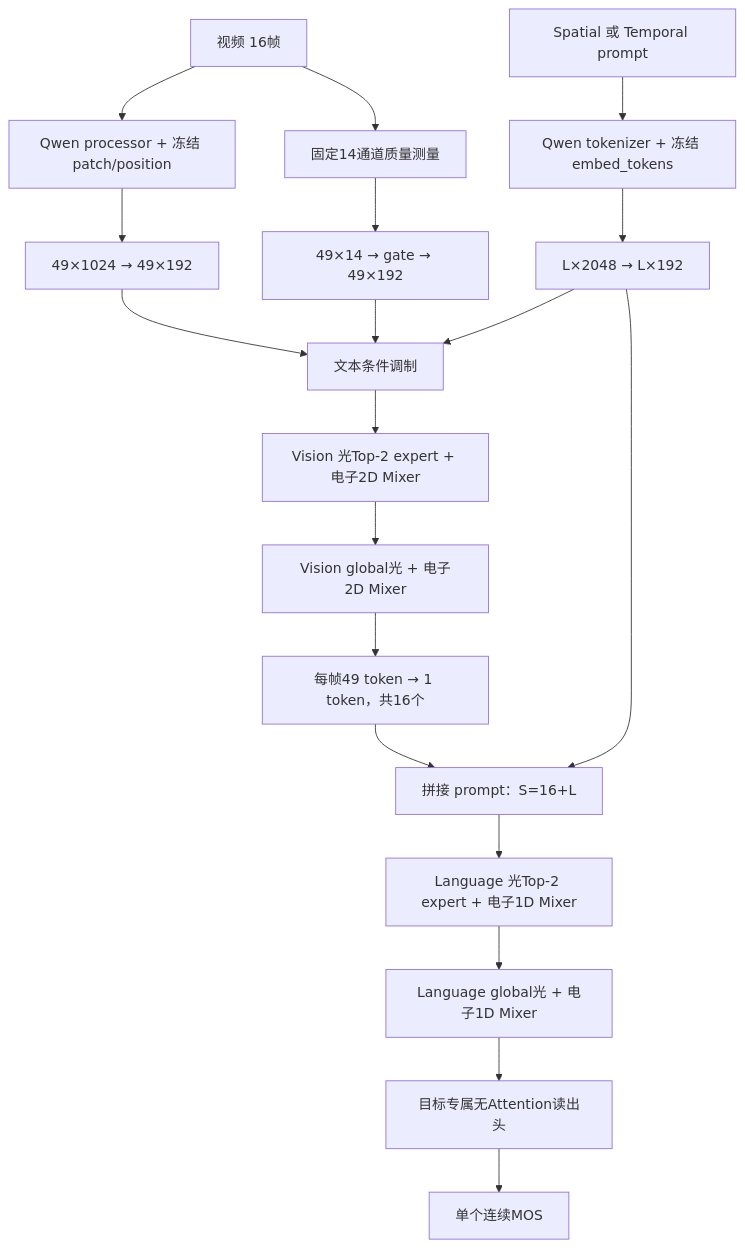
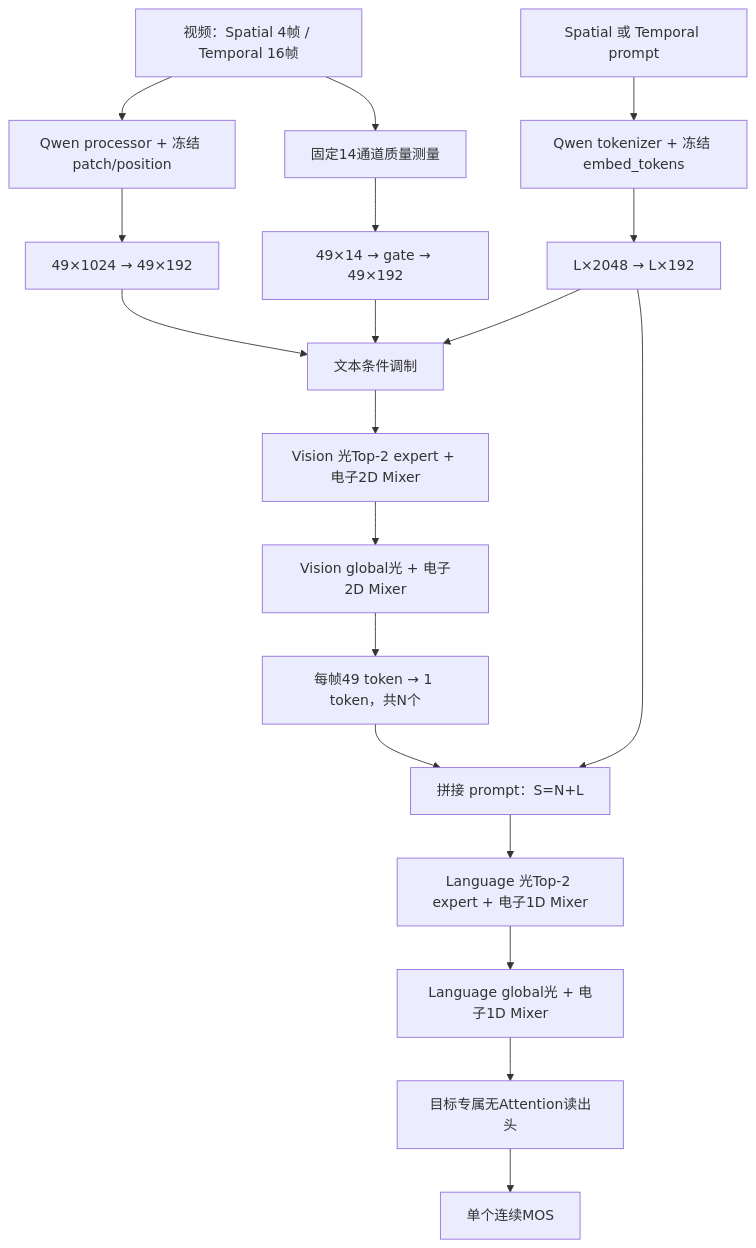
One commit to MillionXie/2026OpticsMoE changed the diagram in experiments/qwen3_vl_2b_lgvq_single_metric_o2_16frame_54/ARCHITECTURE.md. Above: the diagram before and after it, drawn with Mermaid. The commit also changed other lines of this file and 10 other files, not shown here.

````diff
--- a/experiments/qwen3_vl_2b_lgvq_single_metric_o2_16frame_54/ARCHITECTURE.md
+++ b/experiments/qwen3_vl_2b_lgvq_single_metric_o2_16frame_54/ARCHITECTURE.md
@@ -18,21 +19,21 @@
 ```mermaid
 flowchart TD
-    V[视频 16帧] --> Q[Qwen processor + 冻结 patch/position]
+    V[视频：Spatial 4帧 / Temporal 16帧] --> Q[Qwen processor + 冻结 patch/position]
     V --> S[固定14通道质量测量]
     P[Spatial 或 Temporal prompt] --> T[Qwen tokenizer + 冻结 embed_tokens]
     Q --> A[49×1024 → 49×192]
     S --> G[49×14 → gate → 49×192]
     T --> L[L×2048 → L×192]
     L --> C[文本条件调制]
     A --> C
     G --> C
     C --> V1[Vision 光Top-2 expert + 电子2D Mixer]
     V1 --> V2[Vision global光 + 电子2D Mixer]
-    V2 --> I[每帧49 token → 1 token，共16个]
-    I --> M[拼接 prompt：S=16+L]
+    V2 --> I[每帧49 token → 1 token，共N个]
+    I --> M[拼接 prompt：S=N+L]
     L --> M
     M --> L1[Language 光Top-2 expert + 电子1D Mixer]
     L1 --> L2[Language global光 + 电子1D Mixer]
     L2 --> H[目标专属无Attention读出头]
     H --> O[单个连续MOS]
 ```
````
